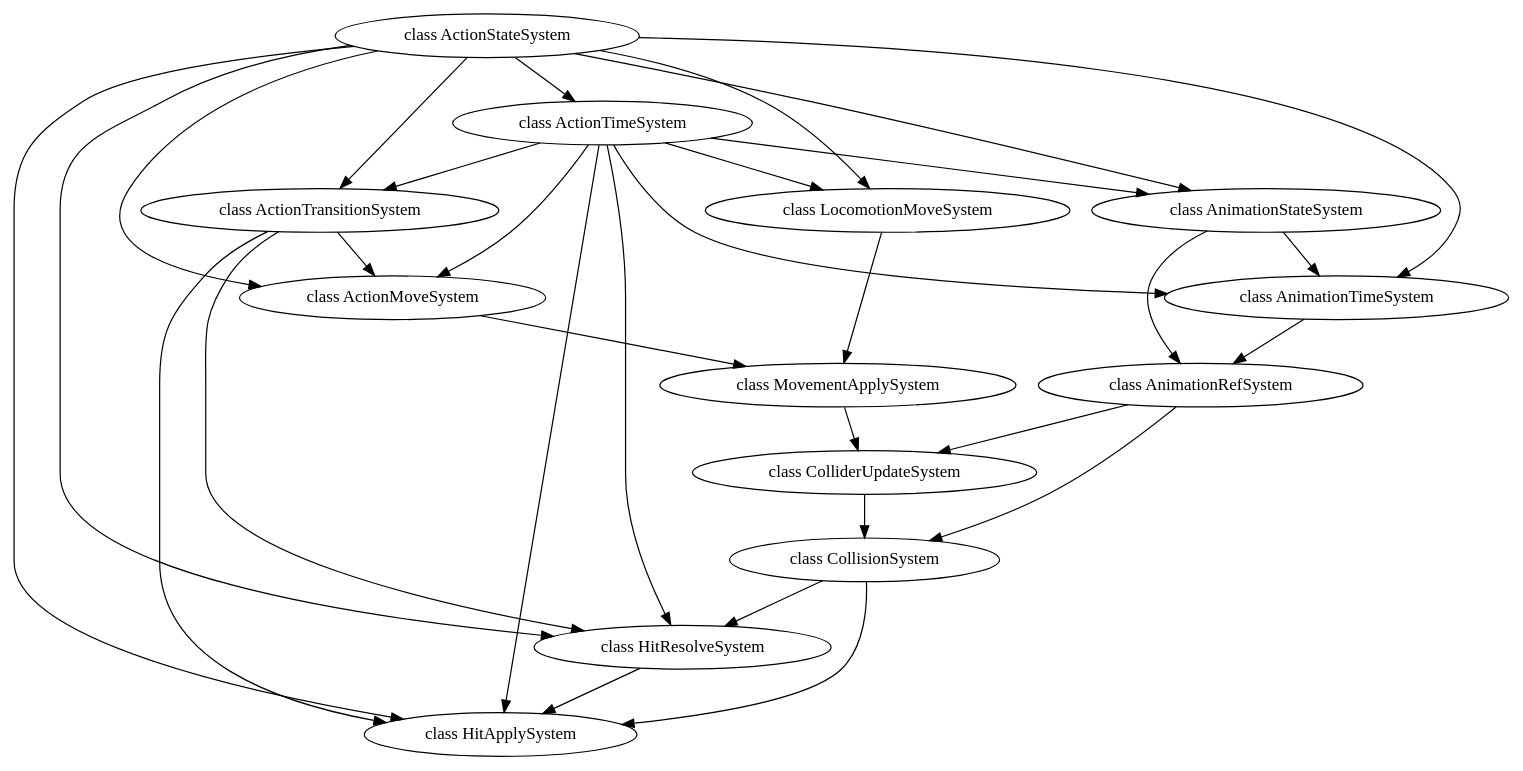
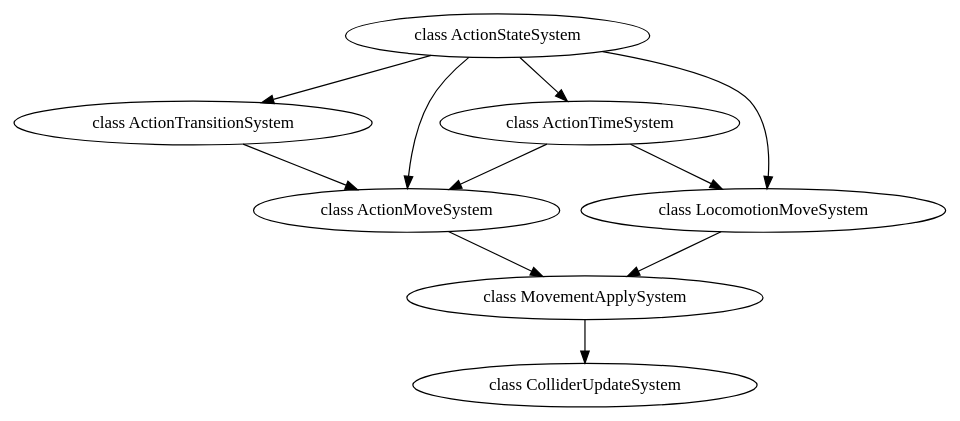
Before and after one commit to Vallhup/GameServer: the diagram in WITH_Server/WITH_Server/graph.gv, drawn with Graphviz. The commit also changed 5 other files, not shown here.

```diff
--- a/WITH_Server/WITH_Server/graph.gv
+++ b/WITH_Server/WITH_Server/graph.gv
@@ -1,33 +1,13 @@
 digraph JobGraph {
   "class ActionStateSystem" -> "class ActionTimeSystem";
   "class ActionStateSystem" -> "class ActionTransitionSystem";
   "class ActionStateSystem" -> "class ActionMoveSystem";
   "class ActionStateSystem" -> "class LocomotionMoveSystem";
-  "class ActionStateSystem" -> "class AnimationStateSystem";
-  "class ActionStateSystem" -> "class AnimationTimeSystem";
-  "class ActionStateSystem" -> "class HitResolveSystem";
-  "class ActionStateSystem" -> "class HitApplySystem";
-  "class ActionTimeSystem" -> "class ActionTransitionSystem";
   "class ActionTimeSystem" -> "class ActionMoveSystem";
   "class ActionTimeSystem" -> "class LocomotionMoveSystem";
-  "class ActionTimeSystem" -> "class AnimationStateSystem";
-  "class ActionTimeSystem" -> "class AnimationTimeSystem";
-  "class ActionTimeSystem" -> "class HitResolveSystem";
-  "class ActionTimeSystem" -> "class HitApplySystem";
   "class ActionTransitionSystem" -> "class ActionMoveSystem";
-  "class ActionTransitionSystem" -> "class HitResolveSystem";
-  "class ActionTransitionSystem" -> "class HitApplySystem";
   "class ActionMoveSystem" -> "class MovementApplySystem";
   "class LocomotionMoveSystem" -> "class MovementApplySystem";
   "class MovementApplySystem" -> "class ColliderUpdateSystem";
-  "class AnimationStateSystem" -> "class AnimationTimeSystem";
-  "class AnimationStateSystem" -> "class AnimationRefSystem";
-  "class AnimationTimeSystem" -> "class AnimationRefSystem";
-  "class AnimationRefSystem" -> "class ColliderUpdateSystem";
-  "class AnimationRefSystem" -> "class CollisionSystem";
-  "class ColliderUpdateSystem" -> "class CollisionSystem";
-  "class CollisionSystem" -> "class HitResolveSystem";
-  "class CollisionSystem" -> "class HitApplySystem";
-  "class HitResolveSystem" -> "class HitApplySystem";
-  "class HitApplySystem";
+  "class ColliderUpdateSystem";
 }
```
